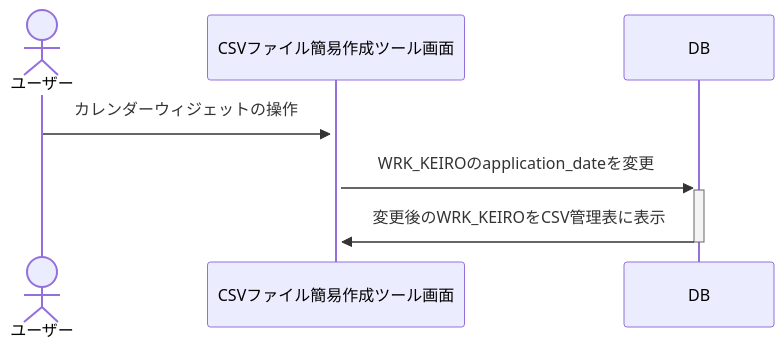
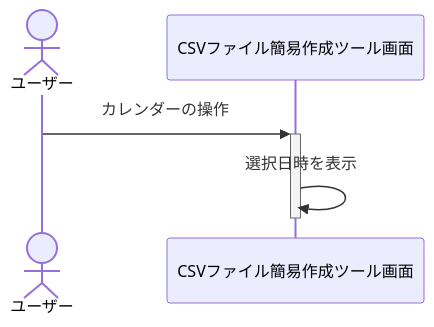
The fourth of 7 diagrams in AttrMF/document/CreateKeiro.md (brain-yuhei/CsvCreateTool), drawn with Mermaid before and after one commit. The commit also changed other lines of this file and 3 other files, not shown here.

````diff
--- a/AttrMF/document/CreateKeiro.md
+++ b/AttrMF/document/CreateKeiro.md
@@ -316,11 +316,10 @@
 ```mermaid
 sequenceDiagram
 actor 1 as ユーザー
 participant 2 as CSVファイル簡易作成ツール画面
-participant 6 as DB
 
-1->>+2: カレンダーウィジェットの操作
-2->>+6: WRK_KEIROのapplication_dateを変更
-6->>-2: 変更後のWRK_KEIROをCSV管理表に表示
+
+1->>+2: カレンダーの操作
+2->>-2: 選択日時を表示
 
 ```
````
